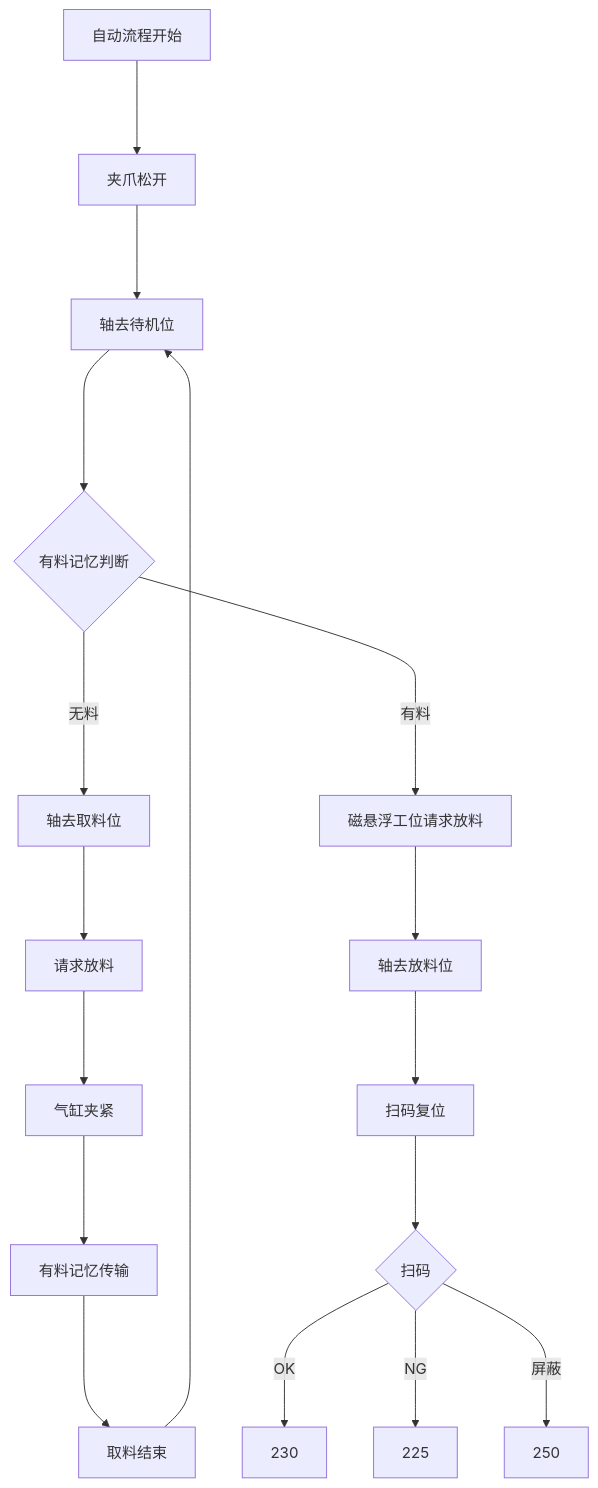
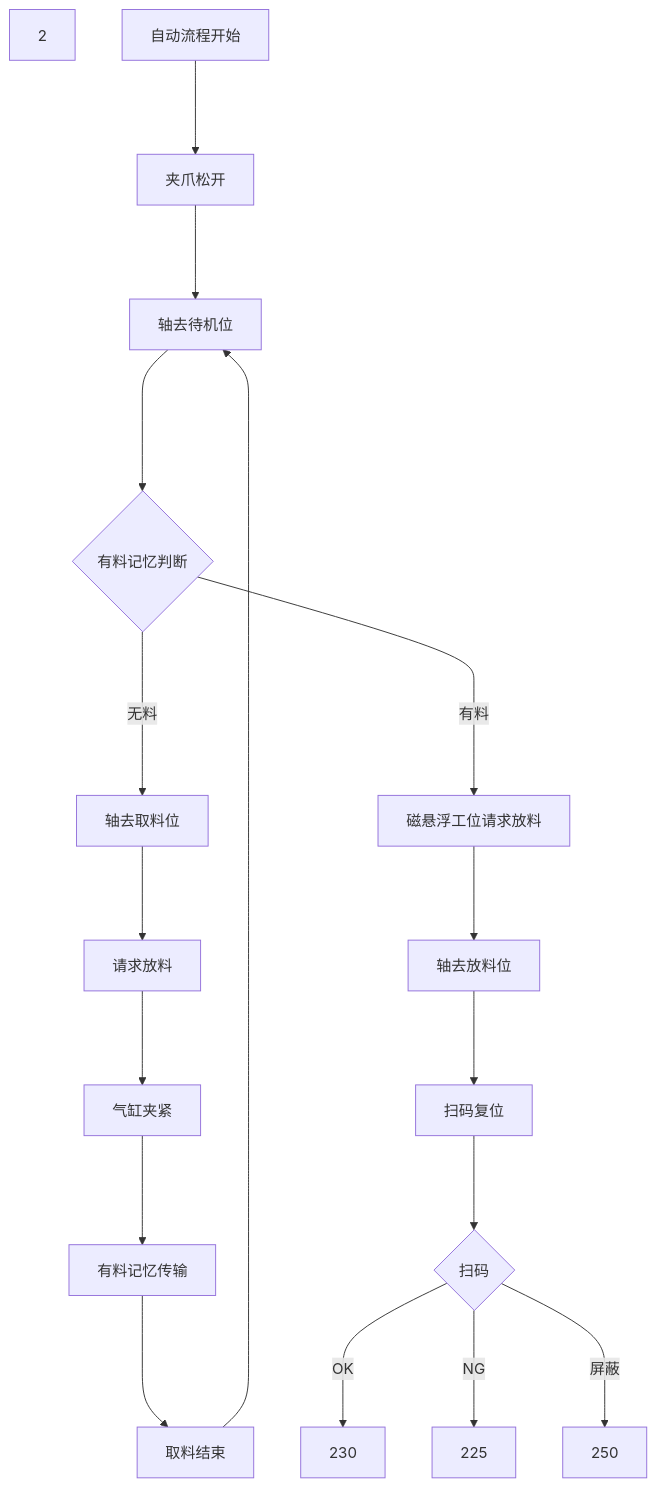
Before and after one commit to zmq000/iodraw-files: the diagram in all/OP70工位8插载具左工位.md, drawn with Mermaid.

Commit message:
2026-06-17 18:45:27 update

````diff
--- a/all/OP70工位8插载具左工位.md
+++ b/all/OP70工位8插载具左工位.md
@@ -1,20 +1,20 @@
 ```mermaid
 graph TD
 自动流程开始--->10
 10[夹爪松开]--->20
 20[轴去待机位]---->30
 30{有料记忆判断}---->|无料|100
 30---->|有料|200
 100[轴去取料位]--->110
 110[请求放料]--->120
 120[气缸夹紧]--->130
 130[有料记忆传输]--->140
 140[取料结束]---->20
 200[磁悬浮工位请求放料]--->210
 210[轴去放料位]--->215
 215[扫码复位]--->220
 220{扫码}--->|OK|230
 220--->|NG|225
 220--->|屏蔽|250
-
+2
 ```
````
